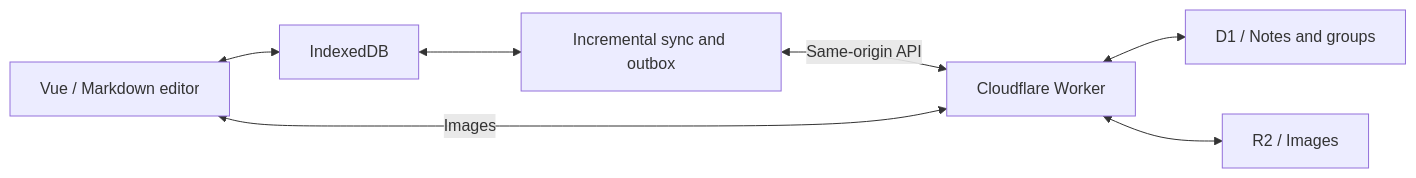
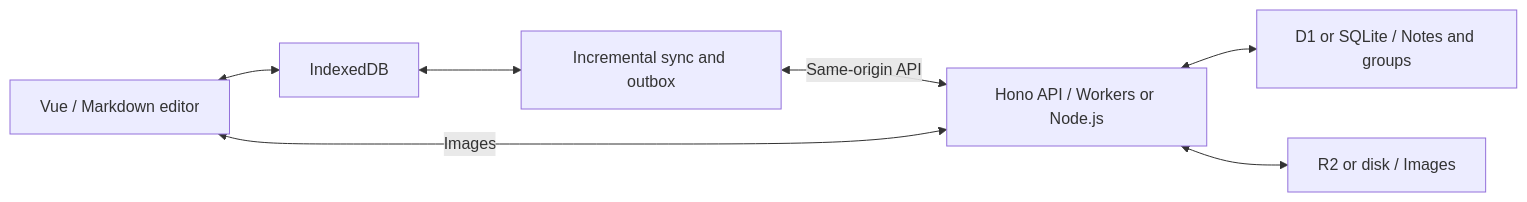
One commit to xilele777/snotes changed the diagram in README.en.md. Above: the diagram before and after it, drawn with Mermaid. The commit also changed other lines of this file and 35 other files, not shown here.

````diff
--- a/README.en.md
+++ b/README.en.md
@@ -58,9 +58,9 @@
 ```mermaid
 flowchart LR
   UI[Vue / Markdown editor] <--> Local[IndexedDB]
   Local <--> Sync[Incremental sync and outbox]
-  Sync <-->|Same-origin API| Worker[Cloudflare Worker]
+  Sync <-->|Same-origin API| Worker[Hono API / Workers or Node.js]
   UI <-->|Images| Worker
-  Worker <--> D1[D1 / Notes and groups]
-  Worker <--> R2[R2 / Images]
+  Worker <--> D1[D1 or SQLite / Notes and groups]
+  Worker <--> R2[R2 or disk / Images]
 ```
````
